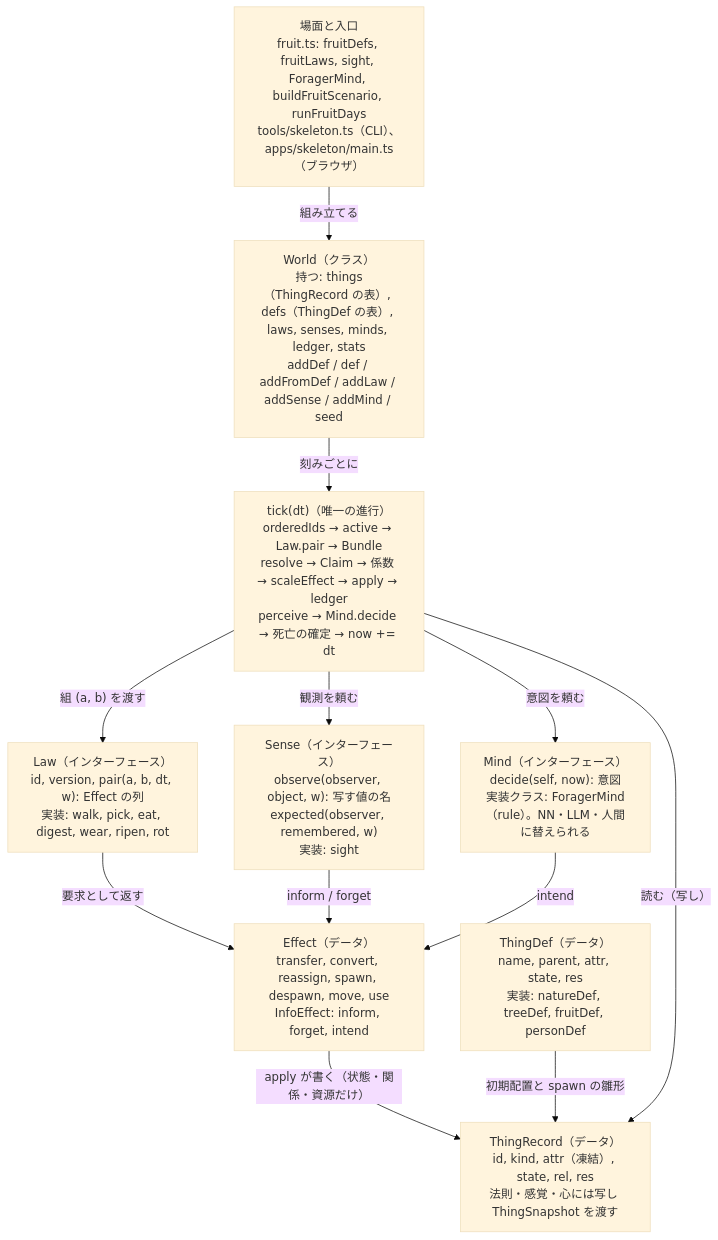
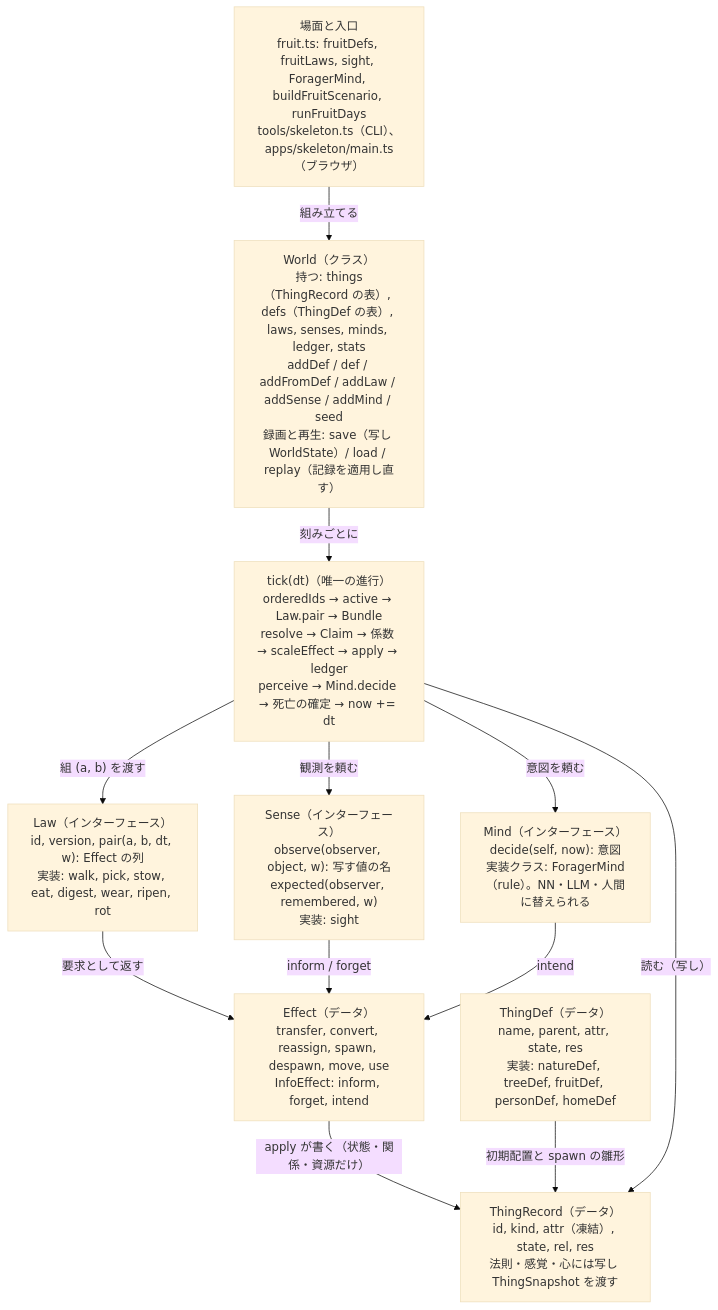
Before and after one commit to demerzel09/Medieval-Simulator: the diagram in docs/figures/src/design-fig4-impl.mmd, drawn with Mermaid (base theme). The commit also changed 16 other files, not shown here.

```diff
--- a/docs/figures/src/design-fig4-impl.mmd
+++ b/docs/figures/src/design-fig4-impl.mmd
@@ -1,21 +1,21 @@
 flowchart TD
   SC["場面と入口<br/>fruit.ts: fruitDefs, fruitLaws, sight, ForagerMind, buildFruitScenario, runFruitDays<br/>tools/skeleton.ts（CLI）、apps/skeleton/main.ts（ブラウザ）"]
-  WD["World（クラス）<br/>持つ: things（ThingRecord の表）, defs（ThingDef の表）, laws, senses, minds, ledger, stats<br/>addDef / def / addFromDef / addLaw / addSense / addMind / seed"]
+  WD["World（クラス）<br/>持つ: things（ThingRecord の表）, defs（ThingDef の表）, laws, senses, minds, ledger, stats<br/>addDef / def / addFromDef / addLaw / addSense / addMind / seed<br/>録画と再生: save（写し WorldState）/ load / replay（記録を適用し直す）"]
   TK["tick(dt)（唯一の進行）<br/>orderedIds → active → Law.pair → Bundle<br/>resolve → Claim → 係数 → scaleEffect → apply → ledger<br/>perceive → Mind.decide → 死亡の確定 → now += dt"]
-  LW["Law（インターフェース）<br/>id, version, pair(a, b, dt, w): Effect の列<br/>実装: walk, pick, eat, digest, wear, ripen, rot"]
+  LW["Law（インターフェース）<br/>id, version, pair(a, b, dt, w): Effect の列<br/>実装: walk, pick, stow, eat, digest, wear, ripen, rot"]
   SN["Sense（インターフェース）<br/>observe(observer, object, w): 写す値の名<br/>expected(observer, remembered, w)<br/>実装: sight"]
   MD["Mind（インターフェース）<br/>decide(self, now): 意図<br/>実装クラス: ForagerMind（rule）。NN・LLM・人間に替えられる"]
   EF["Effect（データ）<br/>transfer, convert, reassign, spawn, despawn, move, use<br/>InfoEffect: inform, forget, intend"]
-  DF["ThingDef（データ）<br/>name, parent, attr, state, res<br/>実装: natureDef, treeDef, fruitDef, personDef"]
+  DF["ThingDef（データ）<br/>name, parent, attr, state, res<br/>実装: natureDef, treeDef, fruitDef, personDef, homeDef"]
   TR["ThingRecord（データ）<br/>id, kind, attr（凍結）, state, rel, res<br/>法則・感覚・心には写し ThingSnapshot を渡す"]
   SC -->|"組み立てる"| WD
   WD -->|"刻みごとに"| TK
   TK -->|"組 (a, b) を渡す"| LW
   TK -->|"観測を頼む"| SN
   TK -->|"意図を頼む"| MD
   LW -->|"要求として返す"| EF
   SN -->|"inform / forget"| EF
   MD -->|"intend"| EF
   EF -->|"apply が書く（状態・関係・資源だけ）"| TR
   DF -->|"初期配置と spawn の雛形"| TR
   TK -->|"読む（写し）"| TR
```
